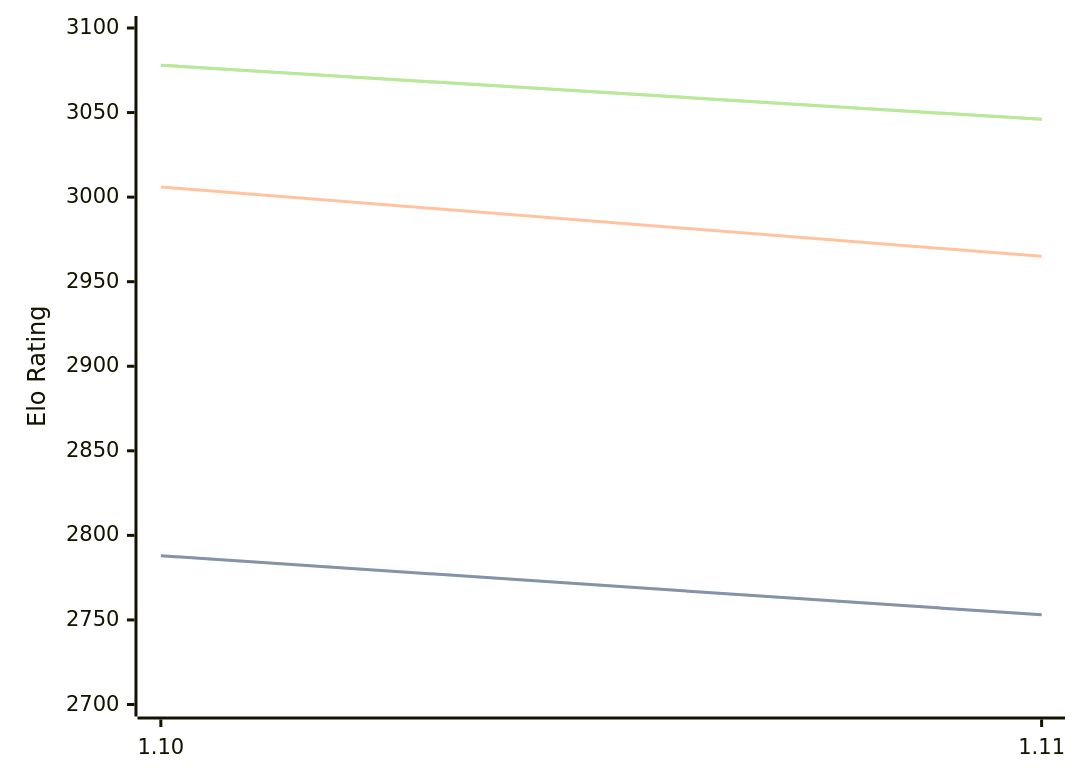
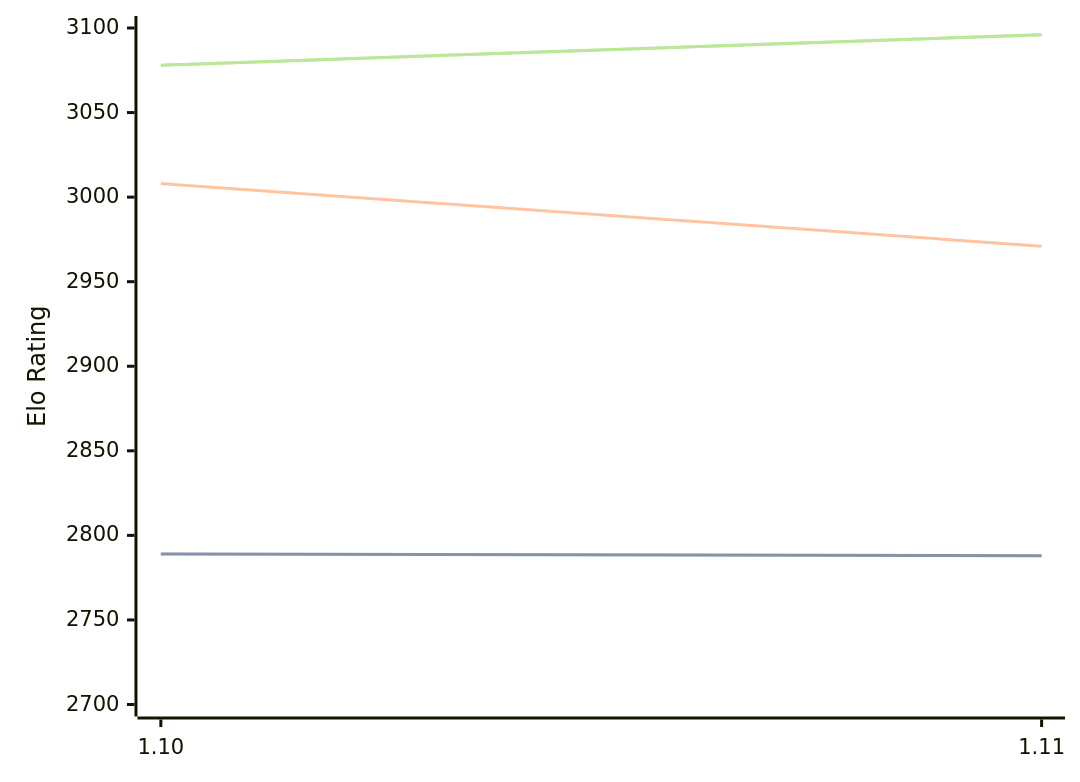
The diagram in engines/Roc.md (computer-chess-index/cci), drawn with Mermaid before and after one commit. The commit also changed other lines of this file, not shown here.

Commit message:
Update CCI Ratings (ELO VLTC) - 2026-05-14

````diff
--- a/engines/Roc.md
+++ b/engines/Roc.md
@@ -65,11 +65,11 @@
 ```mermaid
 %%{init: {"theme":"base","themeVariables":{"seriesColors:['#a3a3a3','#222221','#faa371']}}}%%
 xychart-beta
   x-axis ["1.10", "1.11"]
   y-axis "Elo Rating" 2700 --> 3100
-  line "STC (8.0+0.08s)" [2788, 2753]
-  line "STC (8.0+0.08s)" [2788, 2753]
-  line "LTC (60.0+0.60s)" [3006, 2965]
-  line "VLTC (2m24s+1.12s)" [3078, 3046]
-  line "VLTC (2m24s+1.12s)" [3078, 3046]
+  line "STC (8.0+0.08s)" [2789, 2788]
+  line "STC (8.0+0.08s)" [2789, 2788]
+  line "LTC (60.0+0.60s)" [3008, 2971]
+  line "VLTC (2m24s+1.12s)" [3078, 3096]
+  line "VLTC (2m24s+1.12s)" [3078, 3096]
 ```
````
